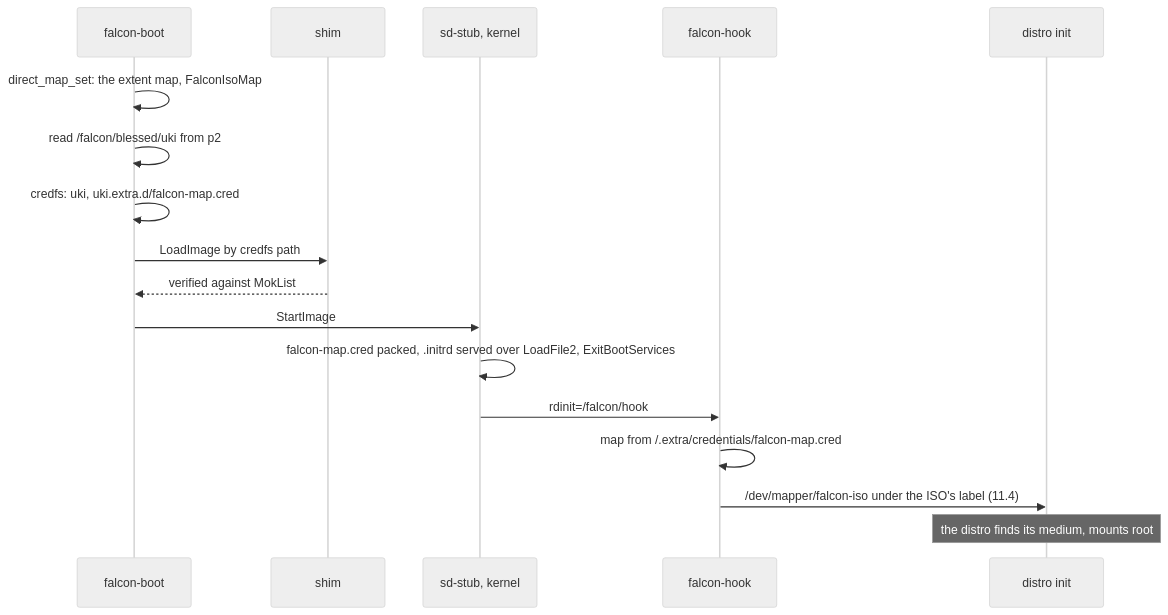
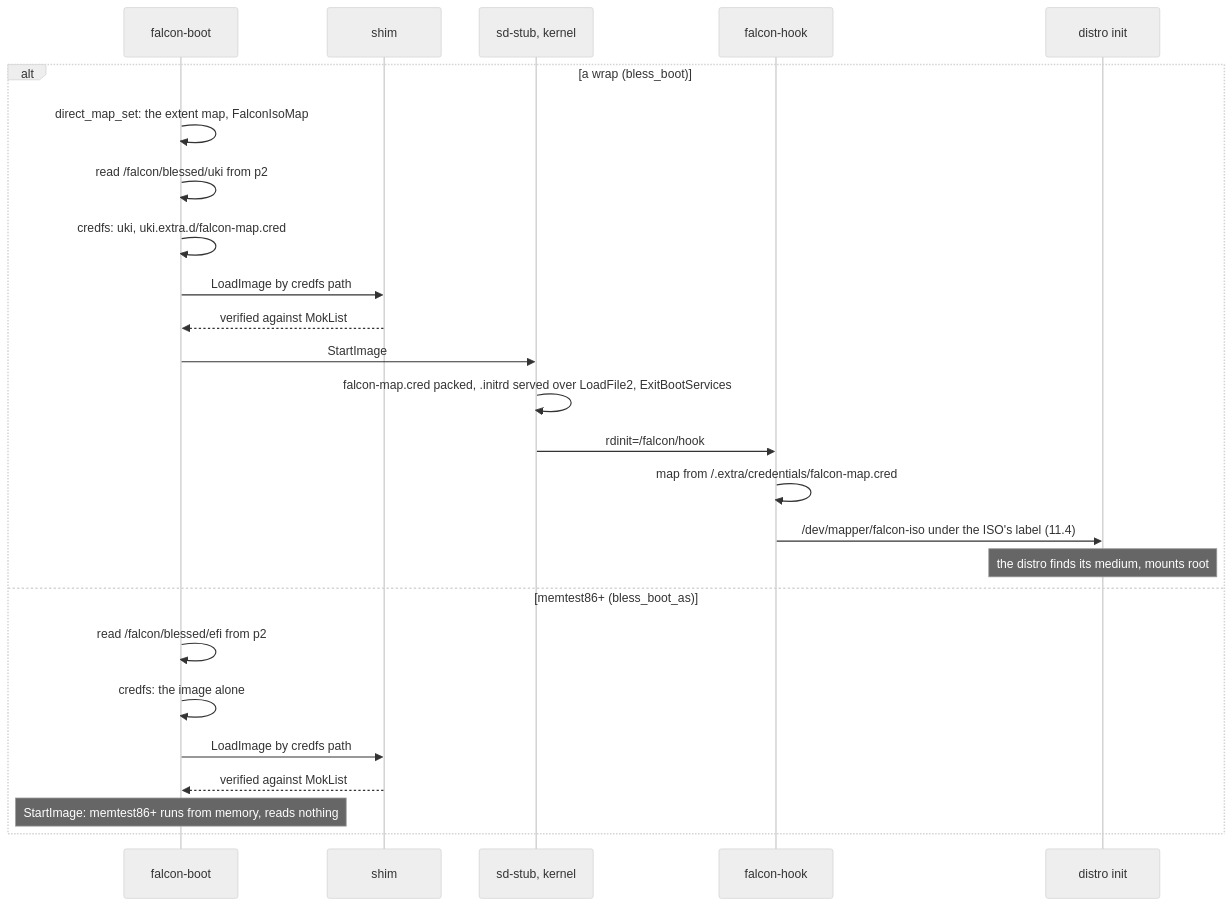
One commit to vifair22/falcon-boot changed the fifth of 24 diagrams in docs/DESIGN.md. Above: the diagram before and after it, drawn with Mermaid (neutral theme). The commit also changed other lines of this file and 4 other files, not shown here.

First line of the commit message:
Boot a blessed memtest86+ as its signed loader, not as a UKI

````diff
--- a/docs/DESIGN.md
+++ b/docs/DESIGN.md
@@ -2421,19 +2433,27 @@
 ```mermaid
 sequenceDiagram
     participant L as falcon-boot
     participant S as shim
     participant K as sd-stub, kernel
     participant H as falcon-hook
     participant D as distro init
-    L->>L: direct_map_set: the extent map, FalconIsoMap
-    L->>L: read /falcon/blessed/uki from p2
-    L->>L: credfs: uki, uki.extra.d/falcon-map.cred
-    L->>S: LoadImage by credfs path
-    S-->>L: verified against MokList
-    L->>K: StartImage
-    K->>K: falcon-map.cred packed, .initrd served over LoadFile2, ExitBootServices
-    K->>H: rdinit=/falcon/hook
-    H->>H: map from /.extra/credentials/falcon-map.cred
-    H->>D: /dev/mapper/falcon-iso under the ISO's label (11.4)
-    Note over D: the distro finds its medium, mounts root
+    alt a wrap (bless_boot)
+        L->>L: direct_map_set: the extent map, FalconIsoMap
+        L->>L: read /falcon/blessed/uki from p2
+        L->>L: credfs: uki, uki.extra.d/falcon-map.cred
+        L->>S: LoadImage by credfs path
+        S-->>L: verified against MokList
+        L->>K: StartImage
+        K->>K: falcon-map.cred packed, .initrd served over LoadFile2, ExitBootServices
+        K->>H: rdinit=/falcon/hook
+        H->>H: map from /.extra/credentials/falcon-map.cred
+        H->>D: /dev/mapper/falcon-iso under the ISO's label (11.4)
+        Note over D: the distro finds its medium, mounts root
+    else memtest86+ (bless_boot_as)
+        L->>L: read /falcon/blessed/efi from p2
+        L->>L: credfs: the image alone
+        L->>S: LoadImage by credfs path
+        S-->>L: verified against MokList
+        Note over L: StartImage: memtest86+ runs from memory, reads nothing
+    end
 ```
````
